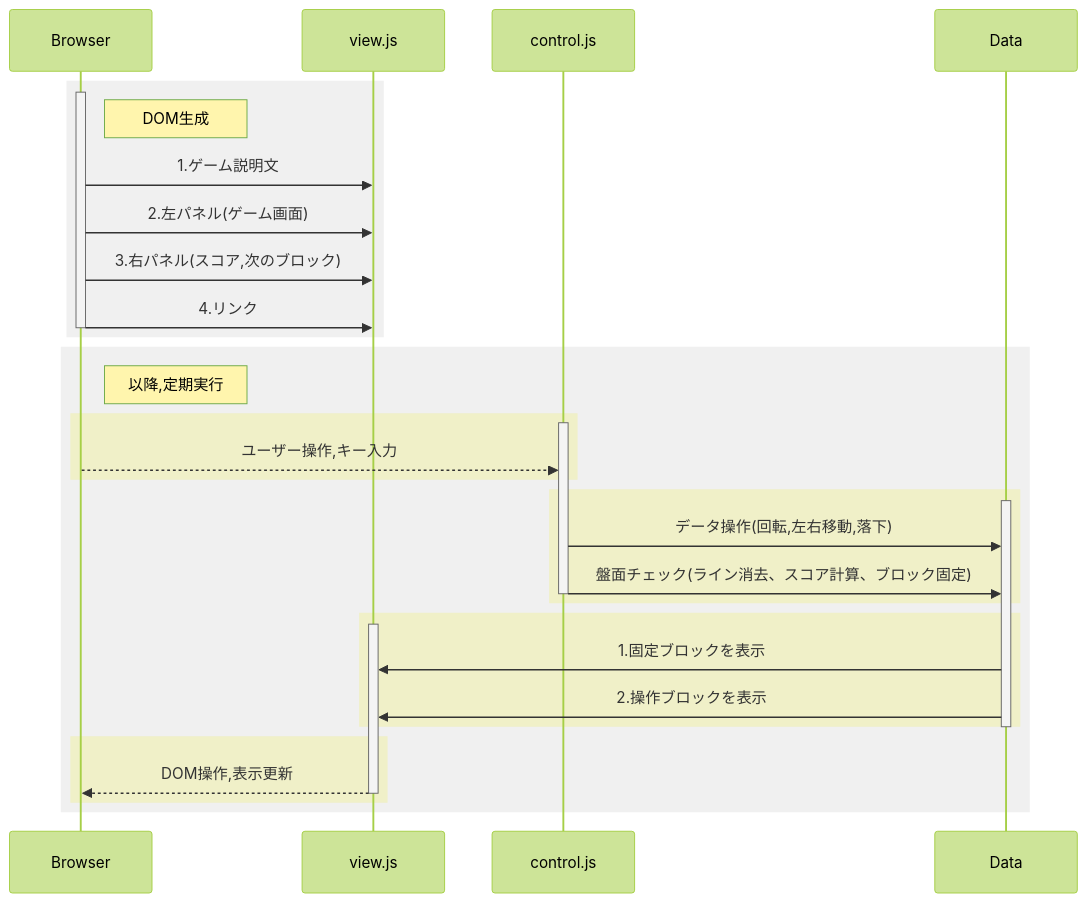
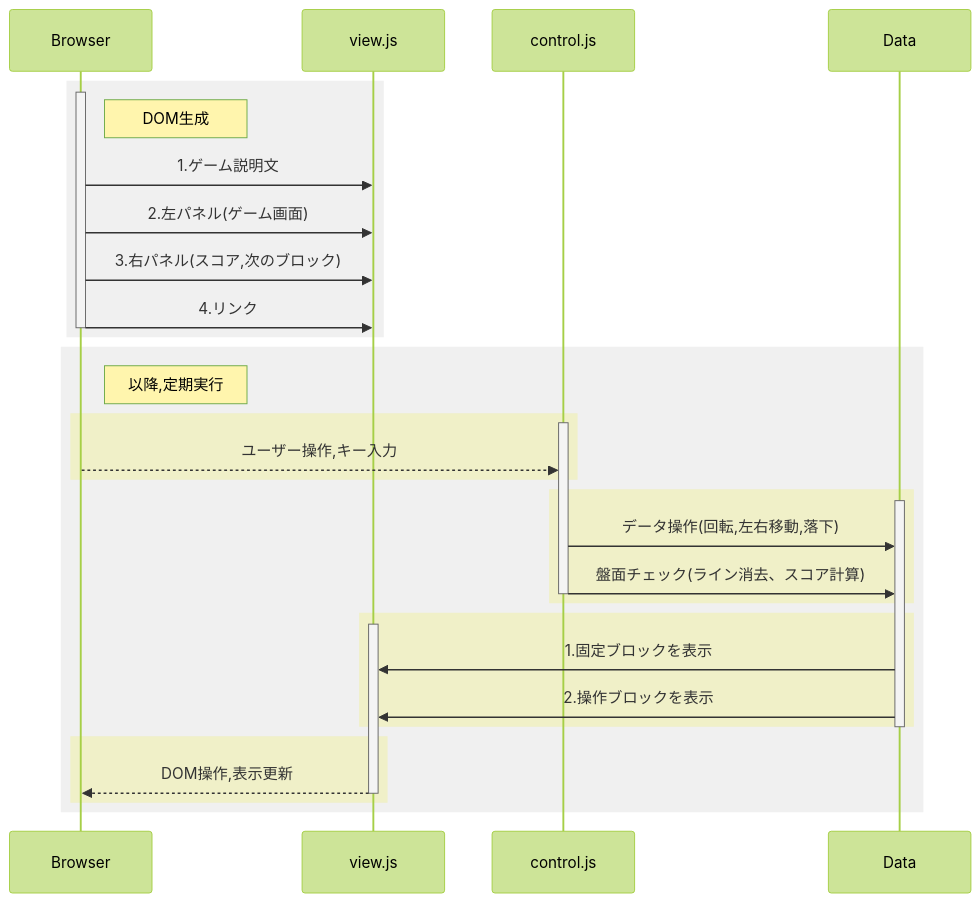
One commit to taga4ra/-js_tetris.io changed the diagram in README.md. Above: the diagram before and after it, drawn with Mermaid (forest theme). The commit also changed other lines of this file, not shown here.

````diff
--- a/README.md
+++ b/README.md
@@ -35,41 +37,41 @@
 ```mermaid
 sequenceDiagram
 
 rect rgb(240, 240, 240)
 activate Browser
 Note Right of Browser: DOM生成
 Browser->>view.js: 1.ゲーム説明文
 Browser->>view.js: 2.左パネル(ゲーム画面)
 Browser->>view.js: 3.右パネル(スコア,次のブロック)
 Browser->>view.js: 4.リンク
 deactivate Browser
 end
 
 rect rgb(240, 240, 240)
 Note right of Browser : 以降,定期実行
 
 rect rgb(240, 240, 200)
 activate control.js
 Browser-->>control.js: ユーザー操作,キー入力
 end
 
 rect rgb(240, 240, 200)
 activate Data
 control.js->>Data: データ操作(回転,左右移動,落下)
-control.js->>Data: 盤面チェック(ライン消去、スコア計算、ブロック固定)
+control.js->>Data: 盤面チェック(ライン消去、スコア計算)
 deactivate control.js
 end
 
 rect rgb(240, 240, 200)
 activate view.js
 Data->>view.js: 1.固定ブロックを表示
 Data->>view.js: 2.操作ブロックを表示
 end
 deactivate Data
 
 rect rgb(240, 240, 200)
 view.js-->>-Browser: DOM操作,表示更新
 end
 
 end
 ```
````
